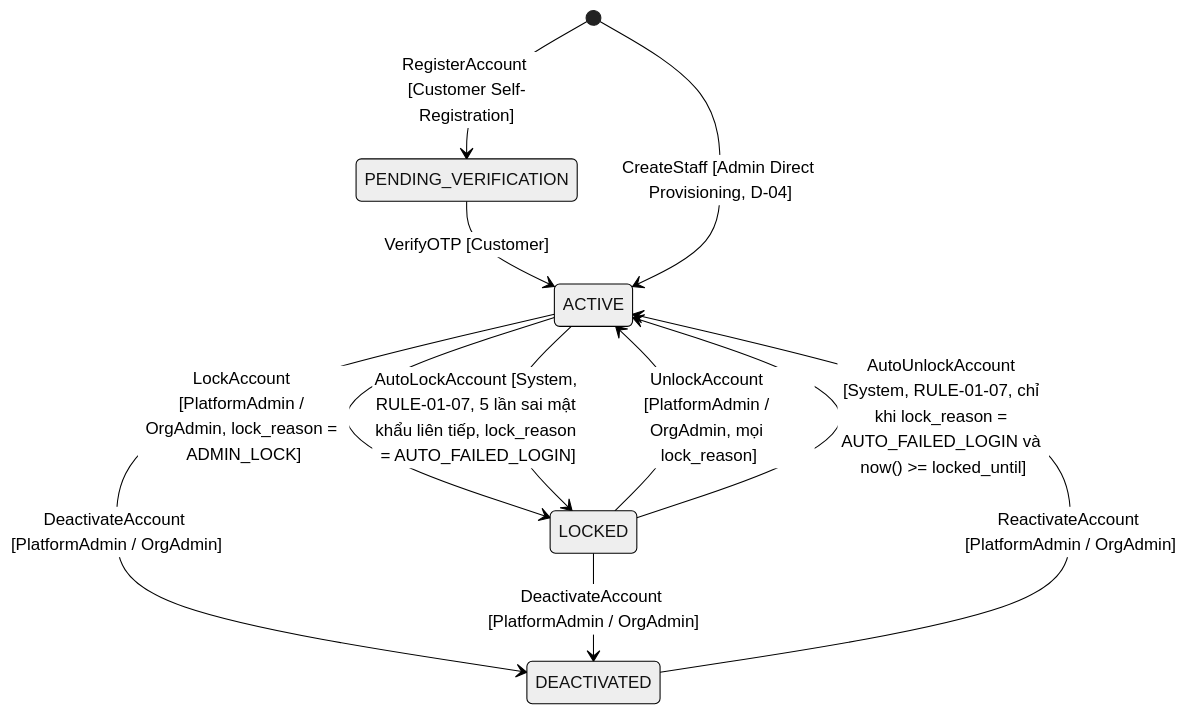
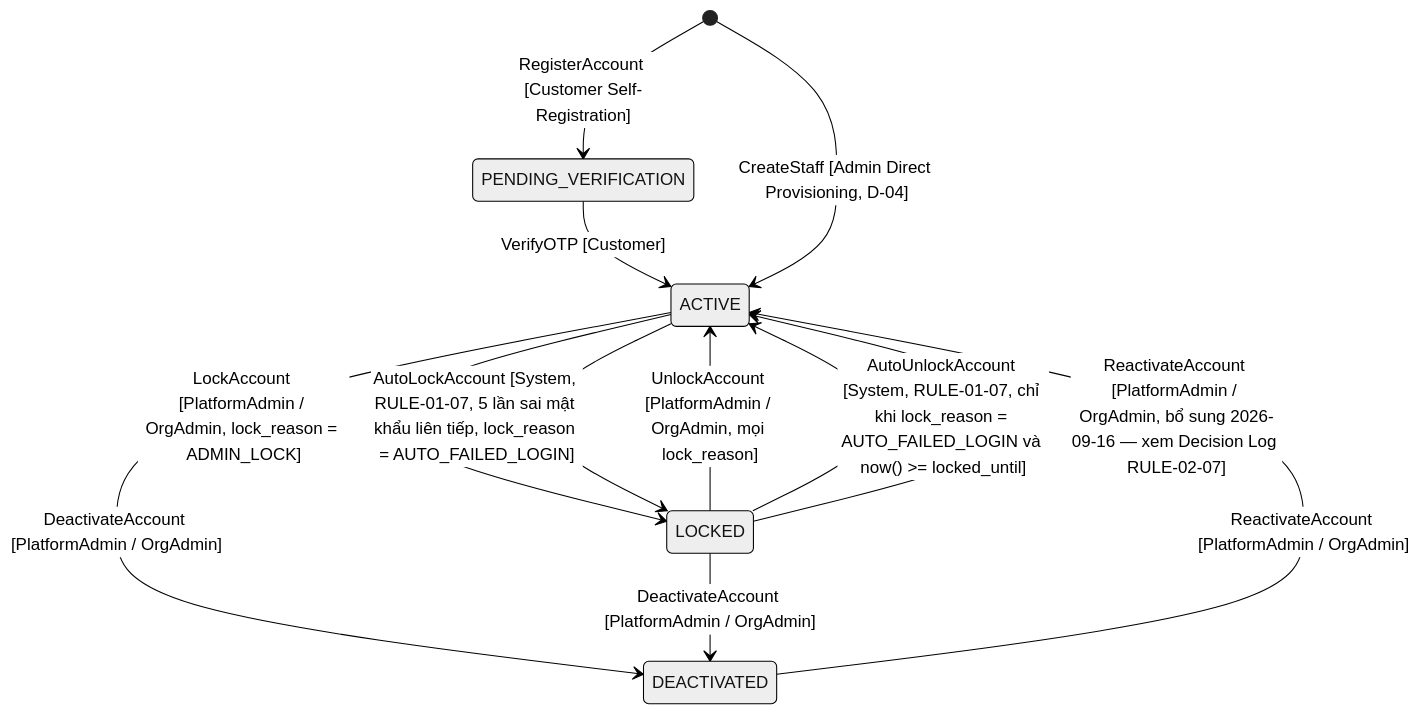
The first of 21 diagrams in docs/03-state-machines.md (BVHC/Pet-care-new), drawn with Mermaid (neutral theme) before and after one commit. The commit also changed other lines of this file and 100 other files, not shown here.

````diff
--- a/docs/03-state-machines.md
+++ b/docs/03-state-machines.md
@@ -9,13 +9,14 @@
 ```mermaid
 stateDiagram-v2
     [*] --> PENDING_VERIFICATION: RegisterAccount [Customer Self-Registration]
     PENDING_VERIFICATION --> ACTIVE: VerifyOTP [Customer]
     [*] --> ACTIVE: CreateStaff [Admin Direct Provisioning, D-04]
     ACTIVE --> LOCKED: LockAccount [PlatformAdmin / OrgAdmin, lock_reason = ADMIN_LOCK]
     ACTIVE --> LOCKED: AutoLockAccount [System, RULE-01-07, 5 lần sai mật khẩu liên tiếp, lock_reason = AUTO_FAILED_LOGIN]
     LOCKED --> ACTIVE: UnlockAccount [PlatformAdmin / OrgAdmin, mọi lock_reason]
     LOCKED --> ACTIVE: AutoUnlockAccount [System, RULE-01-07, chỉ khi lock_reason = AUTO_FAILED_LOGIN và now() >= locked_until]
     ACTIVE --> DEACTIVATED: DeactivateAccount [PlatformAdmin / OrgAdmin]
     LOCKED --> DEACTIVATED: DeactivateAccount [PlatformAdmin / OrgAdmin]
     DEACTIVATED --> ACTIVE: ReactivateAccount [PlatformAdmin / OrgAdmin]
+    LOCKED --> ACTIVE: ReactivateAccount [PlatformAdmin / OrgAdmin, bổ sung 2026-09-16 — xem Decision Log RULE-02-07]
 ```
````
